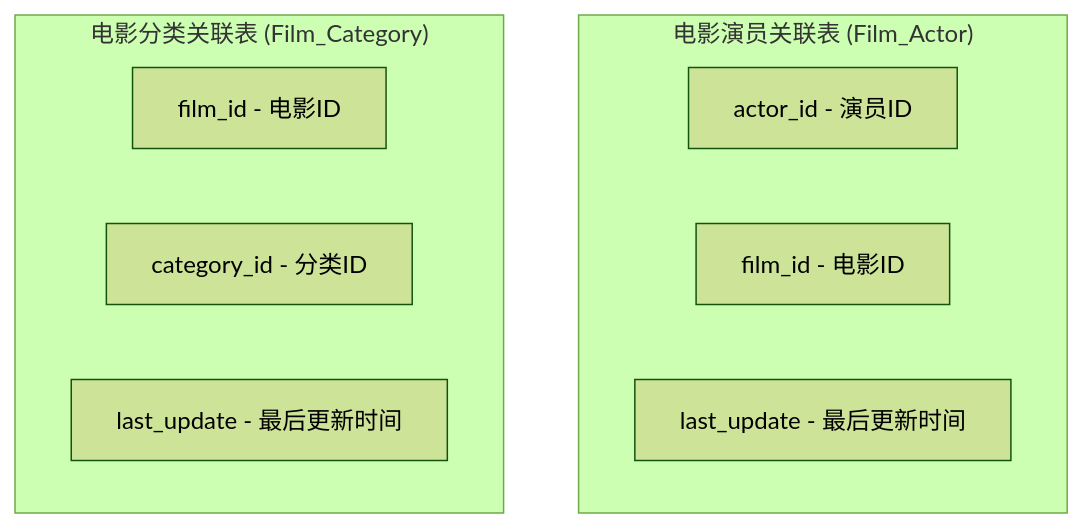
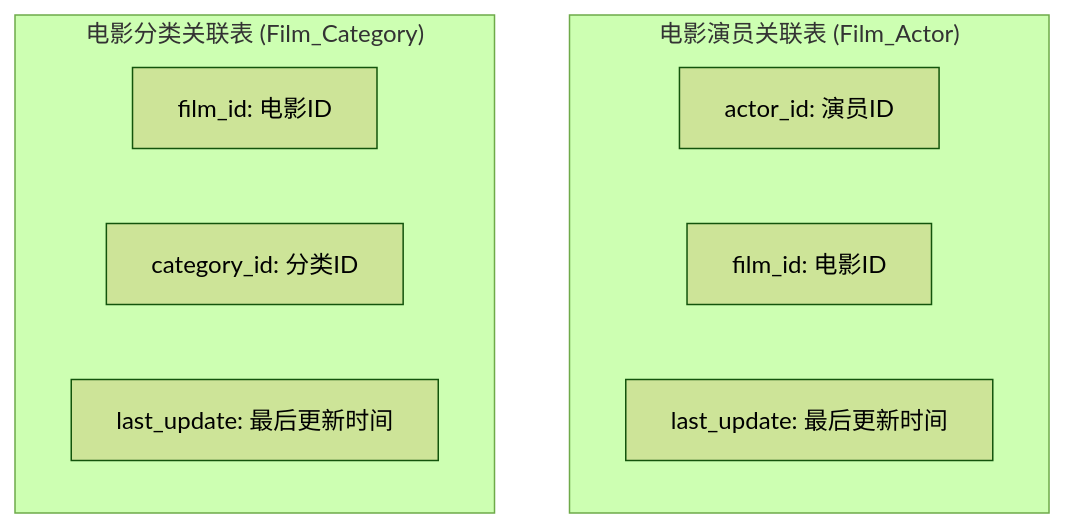
One commit to mercuryhome/dvdrental-guide changed the tenth of 43 diagrams in DVD租赁数据库设计过程.md. Above: the diagram before and after it, drawn with Mermaid (forest theme). The commit also changed other lines of this file, not shown here.

````diff
--- a/DVD租赁数据库设计过程.md
+++ b/DVD租赁数据库设计过程.md
@@ -314,14 +314,14 @@
 ```mermaid
 graph TB
     subgraph "电影演员关联表 (Film_Actor)"
-        FA1[actor_id - 演员ID]
-        FA2[film_id - 电影ID]
-        FA3[last_update - 最后更新时间]
+        FA1["actor_id: 演员ID"]
+        FA2["film_id: 电影ID"]
+        FA3["last_update: 最后更新时间"]
     end
     
     subgraph "电影分类关联表 (Film_Category)"
-        FC1[film_id - 电影ID]
-        FC2[category_id - 分类ID]
-        FC3[last_update - 最后更新时间]
+        FC1["film_id: 电影ID"]
+        FC2["category_id: 分类ID"]
+        FC3["last_update: 最后更新时间"]
     end
 ```
````
